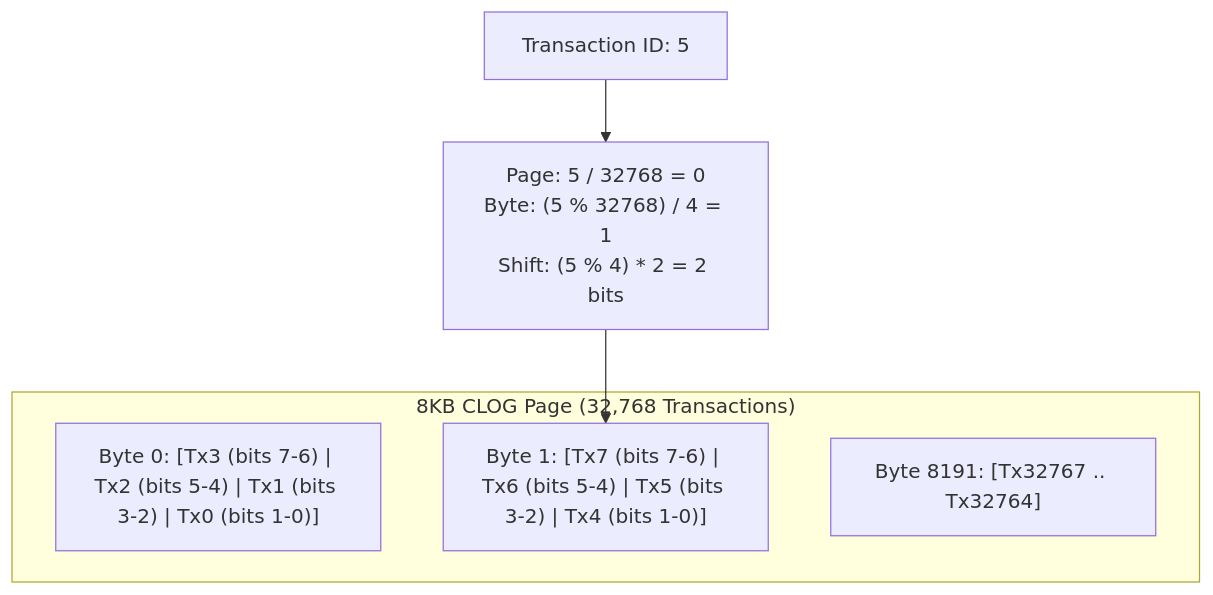
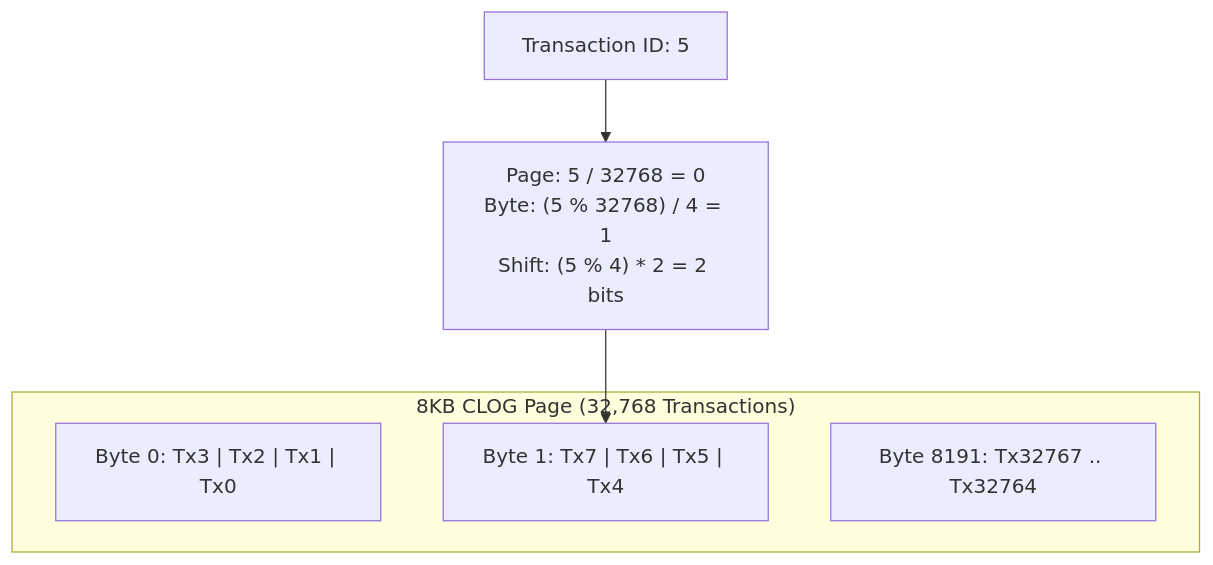
One commit to Nimastic/cpp-postgres changed the first of 2 diagrams in notes/atlas/13-clog-commit-status-bitmaps.md. Above: the diagram before and after it, drawn with Mermaid. The commit also changed other lines of this file and 16 other files, not shown here.

First line of the commit message:
fix(atlas): resolve all Mermaid diagram and LaTeX syntax parsing errors

````diff
--- a/notes/atlas/13-clog-commit-status-bitmaps.md
+++ b/notes/atlas/13-clog-commit-status-bitmaps.md
@@ -16,11 +16,11 @@
 ```mermaid
 flowchart TD
     subgraph CLOGBitPacking["8KB CLOG Page (32,768 Transactions)"]
-        BYTE0["Byte 0: [Tx3 (bits 7-6) | Tx2 (bits 5-4) | Tx1 (bits 3-2) | Tx0 (bits 1-0)]"]
-        BYTE1["Byte 1: [Tx7 (bits 7-6) | Tx6 (bits 5-4) | Tx5 (bits 3-2) | Tx4 (bits 1-0)]"]
-        BYTEN["Byte 8191: [Tx32767 .. Tx32764]"]
+        BYTE0["Byte 0: Tx3 | Tx2 | Tx1 | Tx0"]
+        BYTE1["Byte 1: Tx7 | Tx6 | Tx5 | Tx4"]
+        BYTEN["Byte 8191: Tx32767 .. Tx32764"]
     end
 
-    XID["Transaction ID: 5"] --> CALC["Page: 5 / 32768 = 0\nByte: (5 % 32768) / 4 = 1\nShift: (5 % 4) * 2 = 2 bits"]
+    XID["Transaction ID: 5"] --> CALC["Page: 5 / 32768 = 0<br/>Byte: (5 % 32768) / 4 = 1<br/>Shift: (5 % 4) * 2 = 2 bits"]
     CALC --> BYTE1
 ```
````
